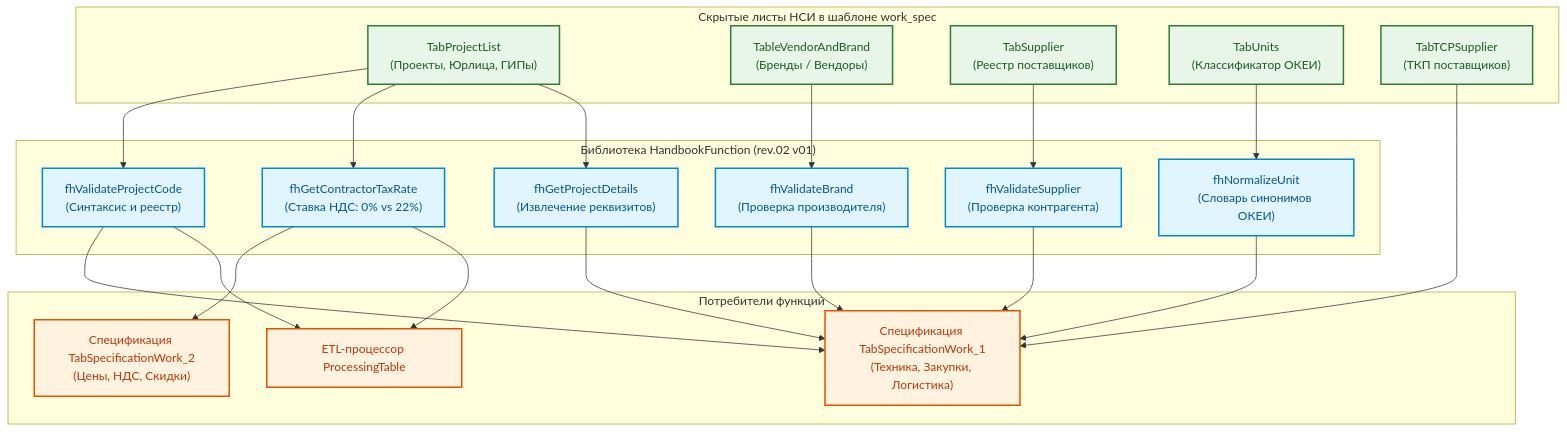
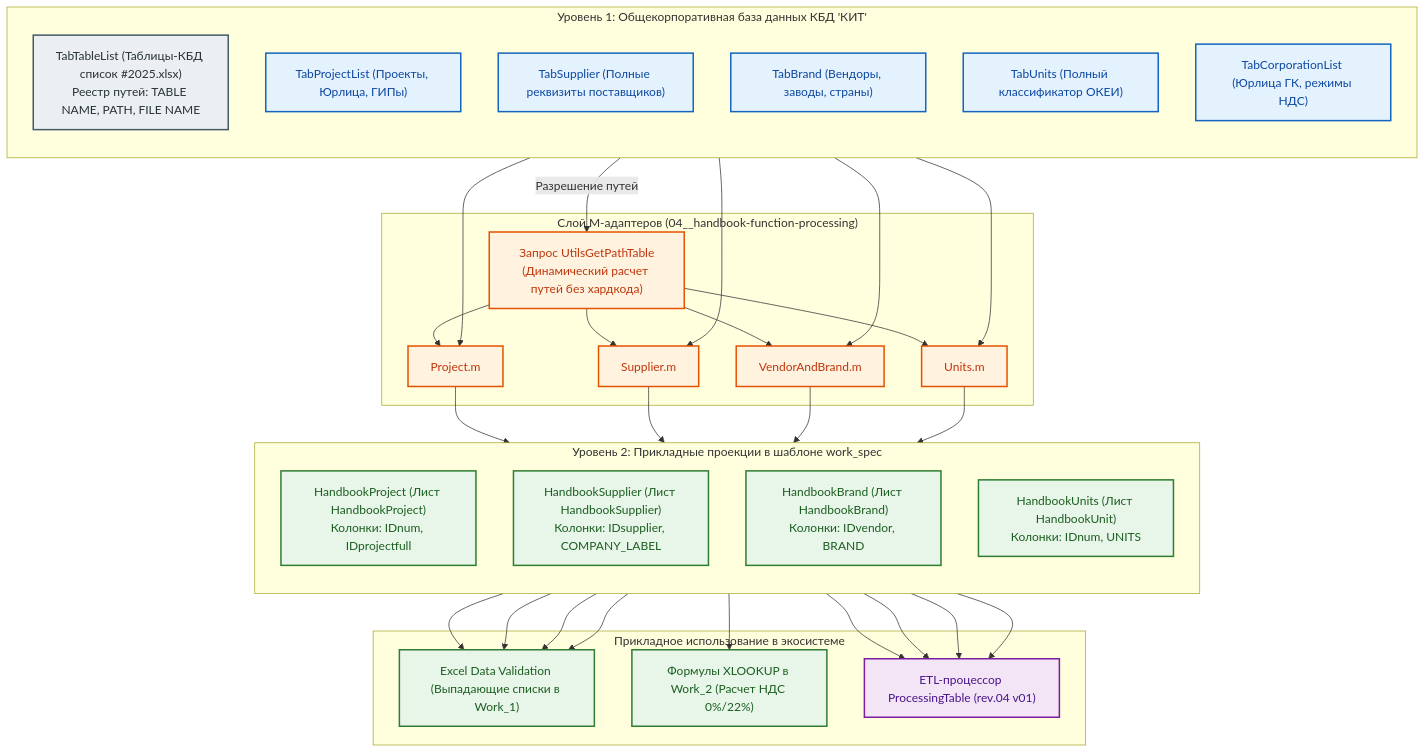
One commit to Konkery/Project-1_2026-N2-MAS changed the diagram in 03__Проект/05__pq-script/01__general/04__handbook-function-processing/README-handbook-function.md. Above: the diagram before and after it, drawn with Mermaid. The commit also changed other lines of this file and 10 other files, not shown here.

Commit message:
docs: исправление в части документации касающиеся работы со справочниками 1-го типа (handbook) и 2-го типа (utils-function) - выполнены и внесены. Также произведена правка перекрестных ссылок внутри файлов документации, часть из них были "битыми".

````diff
--- a/03__Проект/05__pq-script/01__general/04__handbook-function-processing/README-handbook-function.md
+++ b/03__Проект/05__pq-script/01__general/04__handbook-function-processing/README-handbook-function.md
@@ -31,43 +13,54 @@
 ```mermaid
 flowchart TD
-    classDef hb fill:#E8F5E9,stroke:#2E7D32,stroke-width:2px,color:#1B5E20;
-    classDef func fill:#E1F5FE,stroke:#0288D1,stroke-width:2px,color:#01579B;
-    classDef client fill:#FFF3E0,stroke:#E65100,stroke-width:2px,color:#BF360C;
+    classDef master fill:#E3F2FD,stroke:#1565C0,stroke-width:2px,color:#0D47A1;
+    classDef meta fill:#ECEFF1,stroke:#455A64,stroke-width:2px,color:#263238;
+    classDef adapter fill:#FFF3E0,stroke:#E65100,stroke-width:2px,color:#BF360C;
+    classDef app fill:#E8F5E9,stroke:#2E7D32,stroke-width:2px,color:#1B5E20;
+    classDef etl fill:#F3E5F5,stroke:#7B1FA2,stroke-width:2px,color:#4A148C;
 
-    subgraph ExcelHandbooks ["Скрытые листы НСИ в шаблоне work_spec"]
-        HB_Proj["TabProjectList<br/>(Проекты, Юрлица, ГИПы)"]:::hb
-        HB_Brand["TableVendorAndBrand<br/>(Бренды / Вендоры)"]:::hb
-        HB_Supp["TabSupplier<br/>(Реестр поставщиков)"]:::hb
-        HB_Unit["TabUnits<br/>(Классификатор ОКЕИ)"]:::hb
-        HB_TCP["TabTCPSupplier<br/>(ТКП поставщиков)"]:::hb
+    subgraph MasterStorage ["Уровень 1: Общекорпоративная база данных КБД 'КИТ'"]
+        direction TB
+        MetaTable["TabTableList (Таблицы-КБД список #2025.xlsx)<br/>Реестр путей: TABLE NAME, PATH, FILE NAME"]:::meta
+        M_Proj["TabProjectList (Проекты, Юрлица, ГИПы)"]:::master
+        M_Supp["TabSupplier (Полные реквизиты поставщиков)"]:::master
+        M_Brand["TabBrand (Вендоры, заводы, страны)"]:::master
+        M_Unit["TabUnits (Полный классификатор ОКЕИ)"]:::master
+        M_Corp["TabCorporationList (Юрлица ГК, режимы НДС)"]:::master
     end
 
-    subgraph HandbookLib ["Библиотека HandbookFunction (rev.02 v01)"]
-        fhProj["fhValidateProjectCode<br/>(Синтаксис и реестр)"]:::func
-        fhTax["fhGetContractorTaxRate<br/>(Ставка НДС: 0% vs 22%)"]:::func
-        fhUnit["fhNormalizeUnit<br/>(Словарь синонимов ОКЕИ)"]:::func
-        fhSupp["fhValidateSupplier<br/>(Проверка контрагента)"]:::func
-        fhBrand["fhValidateBrand<br/>(Проверка производителя)"]:::func
-        fhGIP["fhGetProjectDetails<br/>(Извлечение реквизитов)"]:::func
+    subgraph Adapters ["Слой M-адаптеров (04__handbook-function-processing)"]
+        Resolver["Запрос UtilsGetPathTable<br/>(Динамический расчет путей без хардкода)"]:::adapter
+        Ad_Proj["Project.m"]:::adapter
+        Ad_Supp["Supplier.m"]:::adapter
+        Ad_Brand["VendorAndBrand.m"]:::adapter
+        Ad_Unit["Units.m"]:::adapter
     end
 
-    subgraph Consumers ["Потребители функций"]
-        SpecWork1["Спецификация TabSpecificationWork_1<br/>(Техника, Закупки, Логистика)"]:::client
-        SpecWork2["Спецификация TabSpecificationWork_2<br/>(Цены, НДС, Скидки)"]:::client
-        ETL_Engine["ETL-процессор ProcessingTable"]:::client
+    subgraph AppStorage ["Уровень 2: Прикладные проекции в шаблоне work_spec"]
+        direction TB
+        A_Proj["HandbookProject (Лист HandbookProject)<br/>Колонки: IDnum, IDprojectfull"]:::app
+        A_Supp["HandbookSupplier (Лист HandbookSupplier)<br/>Колонки: IDsupplier, COMPANY_LABEL"]:::app
+        A_Brand["HandbookBrand (Лист HandbookBrand)<br/>Колонки: IDvendor, BRAND"]:::app
+        A_Unit["HandbookUnits (Лист HandbookUnit)<br/>Колонки: IDnum, UNITS"]:::app
     end
 
-    HB_Proj --> fhProj & fhTax & fhGIP
-    HB_Brand --> fhBrand
-    HB_Supp --> fhSupp
-    HB_Unit --> fhUnit
-    HB_TCP --> SpecWork1
+    subgraph Consumers ["Прикладное использование в экосистеме"]
+        UI_Validation["Excel Data Validation (Выпадающие списки в Work_1)"]:::app
+        XLOOKUP_Engine["Формулы XLOOKUP в Work_2 (Расчет НДС 0%/22%)"]:::app
+        ETL_Engine["ETL-процессор ProcessingTable (rev.04 v01)"]:::etl
+    end
 
-    fhProj --> SpecWork1
-    fhBrand --> SpecWork1
-    fhSupp --> SpecWork1
-    fhUnit --> SpecWork1
-    fhTax --> SpecWork2
-    fhGIP --> SpecWork1
-    fhProj & fhTax --> ETL_Engine
+    MetaTable -->|Разрешение путей| Resolver
+    Resolver --> Ad_Proj & Ad_Supp & Ad_Brand & Ad_Unit
+    M_Proj --> Ad_Proj --> A_Proj
+    M_Supp --> Ad_Supp --> A_Supp
+    M_Brand --> Ad_Brand --> A_Brand
+    M_Unit --> Ad_Unit --> A_Unit
+
+    A_Proj --> UI_Validation
+    A_Supp --> UI_Validation
+    A_Brand --> UI_Validation
+    A_Unit --> UI_Validation
+    A_Proj --> XLOOKUP_Engine
+    A_Proj & A_Supp & A_Brand & A_Unit --> ETL_Engine
 ```
````
